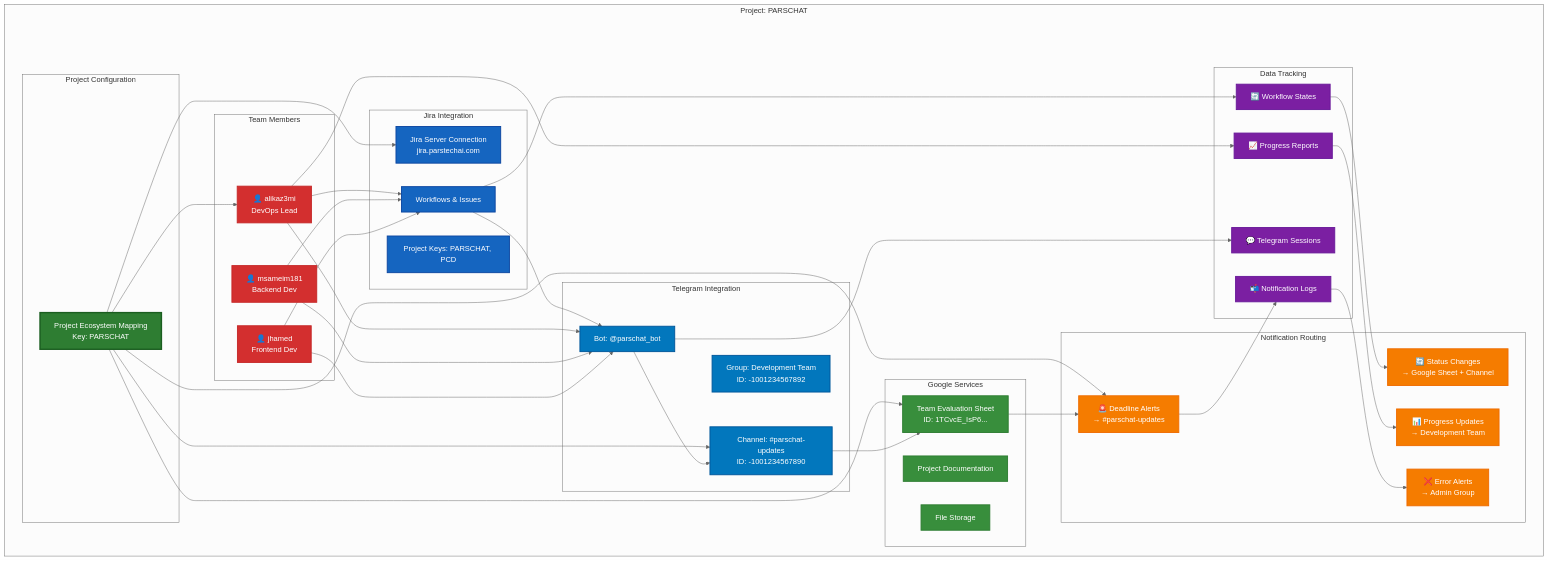
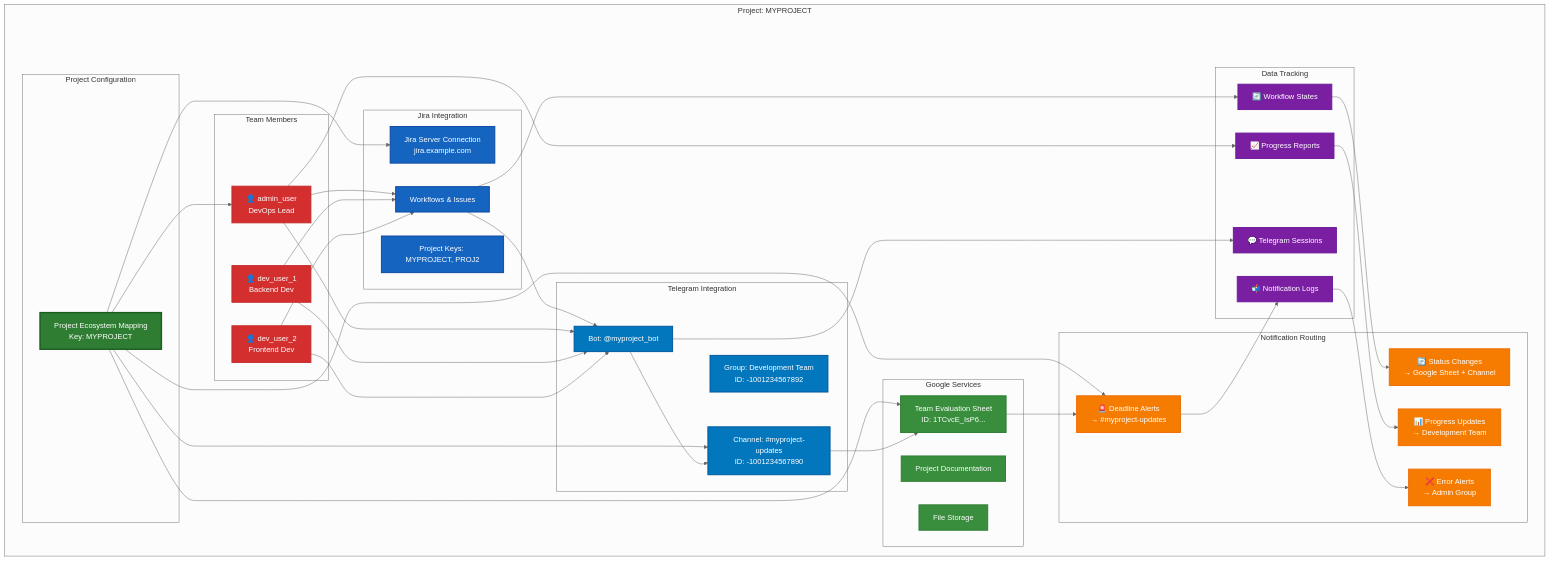
The third of 8 diagrams in docs/infrastructure/mongodb/mongodb-architecture-diagrams.md (alikaz3mi/jira-telegram-bot), drawn with Mermaid (neutral theme) before and after one commit. The commit also changed other lines of this file and 80 other files, not shown here.

First line of the commit message:
Refactor project key references

````diff
--- a/docs/infrastructure/mongodb/mongodb-architecture-diagrams.md
+++ b/docs/infrastructure/mongodb/mongodb-architecture-diagrams.md
@@ -198,20 +198,20 @@
 ```mermaid
 graph TB
-    subgraph "Project: PARSCHAT"
+    subgraph "Project: MYPROJECT"
         subgraph "Project Configuration"
-            PC[Project Ecosystem Mapping<br/>Key: PARSCHAT]
+            PC[Project Ecosystem Mapping<br/>Key: MYPROJECT]
         end
 
         subgraph "Jira Integration"
-            JI[Jira Server Connection<br/>jira.parstechai.com]
-            JP[Project Keys: PARSCHAT, PCD]
+            JI[Jira Server Connection<br/>jira.example.com]
+            JP[Project Keys: MYPROJECT, PROJ2]
             JW[Workflows & Issues]
         end
 
         subgraph "Telegram Integration"
-            TC[Channel: #parschat-updates<br/>ID: -1001234567890]
+            TC[Channel: #myproject-updates<br/>ID: -1001234567890]
             TG[Group: Development Team<br/>ID: -1001234567892]
-            TB[Bot: @parschat_bot]
+            TB[Bot: @myproject_bot]
         end
 
         subgraph "Google Services"
@@ -221,13 +221,13 @@
         end
 
         subgraph "Team Members"
-            U1[👤 alikaz3mi<br/>DevOps Lead]
-            U2[👤 msameim181<br/>Backend Dev]
-            U3[👤 jhamed<br/>Frontend Dev]
+            U1[👤 admin_user<br/>DevOps Lead]
+            U2[👤 dev_user_1<br/>Backend Dev]
+            U3[👤 dev_user_2<br/>Frontend Dev]
         end
 
         subgraph "Notification Routing"
-            NDeadline[🚨 Deadline Alerts<br/>→ #parschat-updates]
+            NDeadline[🚨 Deadline Alerts<br/>→ #myproject-updates]
             NProgress[📊 Progress Updates<br/>→ Development Team]
             NStatus[🔄 Status Changes<br/>→ Google Sheet + Channel]
             NError[❌ Error Alerts<br/>→ Admin Group]
````
